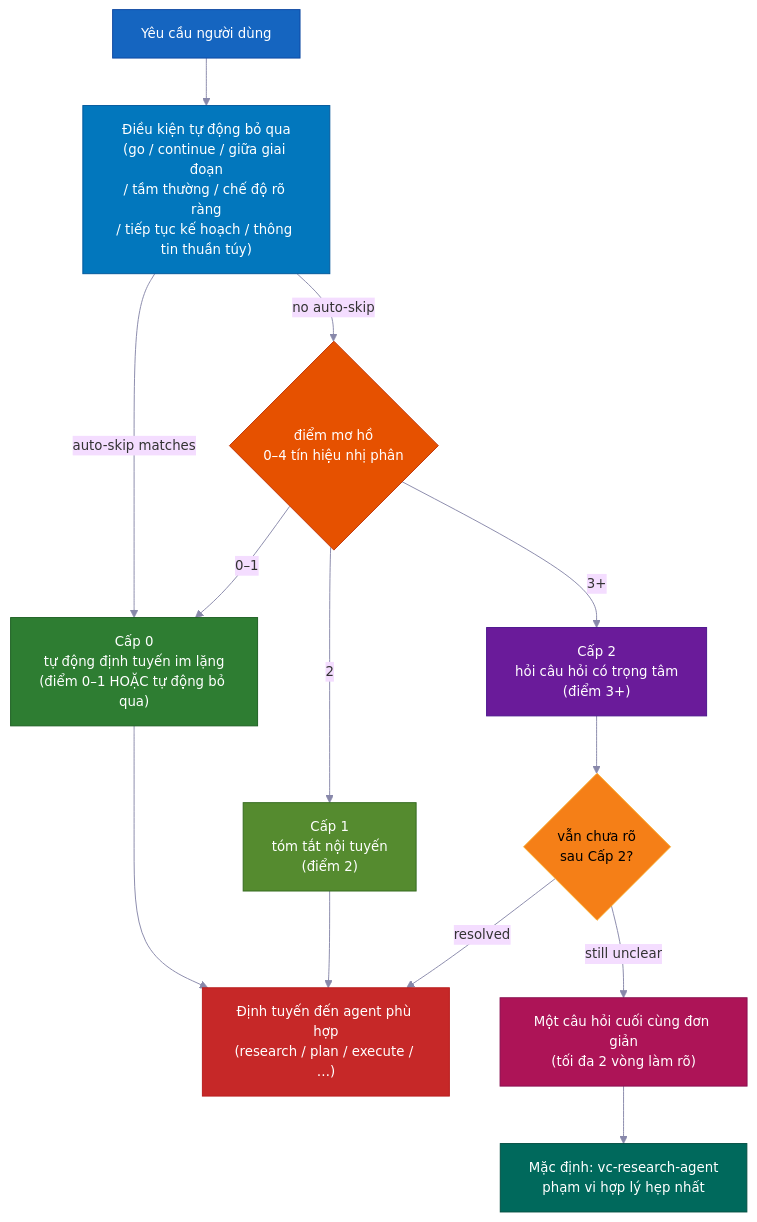
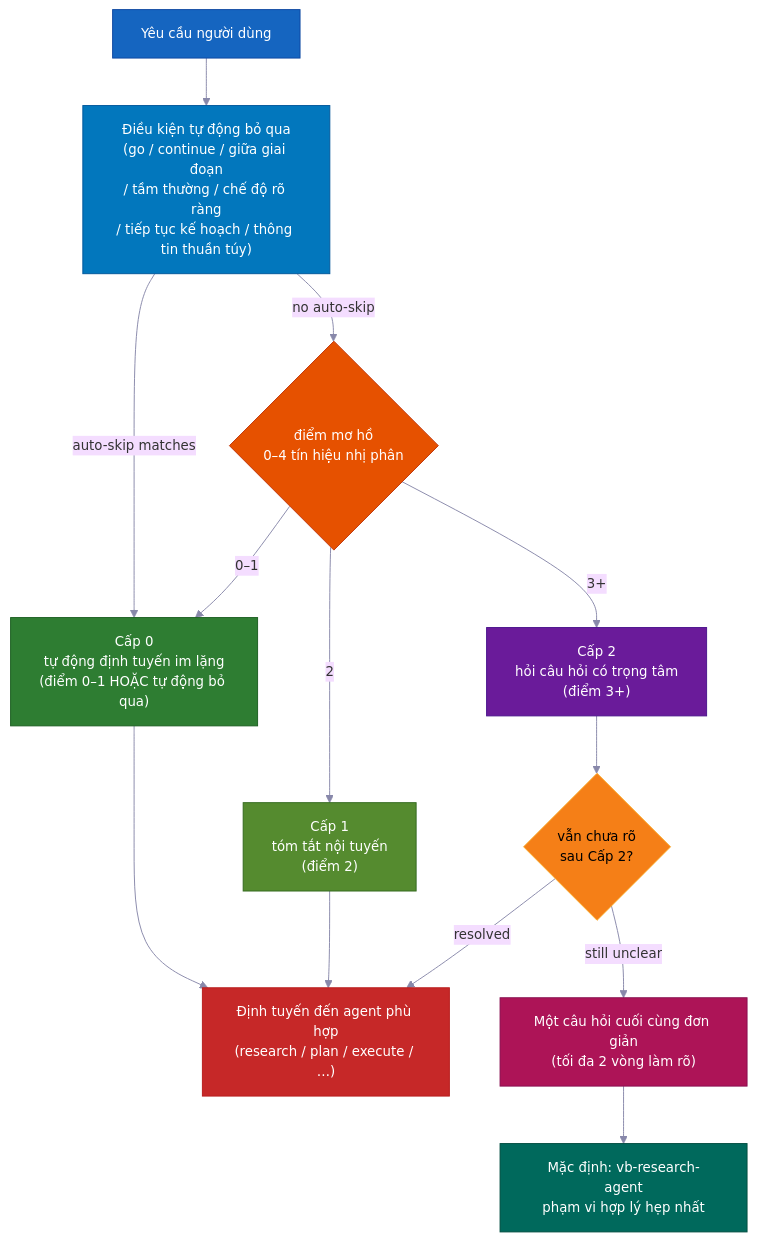
One commit to Tomwakeupat530amm/vibebelt-kit changed the fourth of 14 diagrams in docs/i18n/README.vi-VN.md. Above: the diagram before and after it, drawn with Mermaid. The commit also changed other lines of this file and 646 other files, not shown here.

````diff
--- a/docs/i18n/README.vi-VN.md
+++ b/docs/i18n/README.vi-VN.md
@@ -668,37 +668,37 @@
 ```mermaid
 %%{init: {'theme': 'base', 'themeVariables': {'fontSize': '14px', 'lineColor': '#8888AA'}} }%%
 flowchart TD
     REQ["Yêu cầu người dùng"]
     SCORE{"điểm mơ hồ\n0–4 tín hiệu nhị phân"}
     AUTO["Điều kiện tự động bỏ qua\n(go / continue / giữa giai đoạn\n/ tầm thường / chế độ rõ ràng\n/ tiếp tục kế hoạch / thông tin thuần túy)"]
     T0["Cấp 0\ntự động định tuyến im lặng\n(điểm 0–1 HOẶC tự động bỏ qua)"]
     T1["Cấp 1\ntóm tắt nội tuyến\n(điểm 2)"]
     T2["Cấp 2\nhỏi câu hỏi có trọng tâm\n(điểm 3+)"]
     ROUTE["Định tuyến đến agent phù hợp\n(research / plan / execute / …)"]
     STILL{"vẫn chưa rõ\nsau Cấp 2?"}
     FINAL["Một câu hỏi cuối cùng đơn giản\n(tối đa 2 vòng làm rõ)"]
-    NARROW["Mặc định: vc-research-agent\nphạm vi hợp lý hẹp nhất"]
+    NARROW["Mặc định: vb-research-agent\nphạm vi hợp lý hẹp nhất"]
 
     REQ --> AUTO
     AUTO -->|"auto-skip matches"| T0
     AUTO -->|"no auto-skip"| SCORE
     SCORE -->|"0–1"| T0
     SCORE -->|"2"| T1
     SCORE -->|"3+"| T2
     T0 --> ROUTE
     T1 --> ROUTE
     T2 --> STILL
     STILL -->|"resolved"| ROUTE
     STILL -->|"still unclear"| FINAL --> NARROW
 
     style REQ fill:#1565C0,stroke:#0D47A1,color:#FFFFFF
     style AUTO fill:#0277BD,stroke:#01579B,color:#FFFFFF
     style SCORE fill:#E65100,stroke:#BF360C,color:#FFFFFF
     style T0 fill:#2E7D32,stroke:#1B5E20,color:#FFFFFF
     style T1 fill:#558B2F,stroke:#33691E,color:#FFFFFF
     style T2 fill:#6A1B9A,stroke:#4A148C,color:#FFFFFF
     style ROUTE fill:#C62828,stroke:#B71C1C,color:#FFFFFF
     style STILL fill:#F57F17,stroke:#F9A825,color:#000000
     style FINAL fill:#AD1457,stroke:#880E4F,color:#FFFFFF
     style NARROW fill:#00695C,stroke:#004D40,color:#FFFFFF
 ```
````
